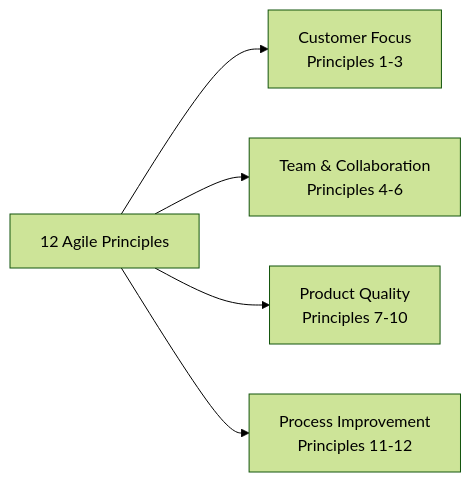
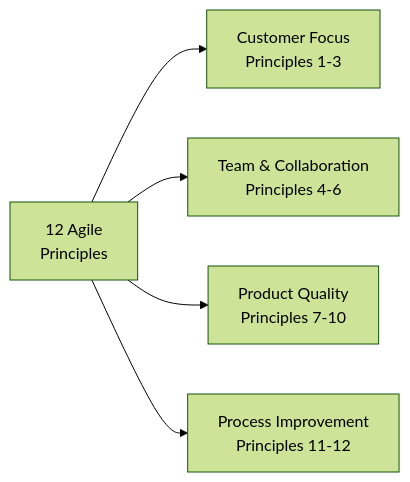
One commit to amitdevx/TY changed the second of 4 diagrams in 02-Semester-VI/CS-371-VSC-P-Agile-Processes/Unit-1.md. Above: the diagram before and after it, drawn with Mermaid (forest theme). The commit also changed other lines of this file and 65 other files, not shown here.

Commit message:
fix:graph vertical

````diff
--- a/02-Semester-VI/CS-371-VSC-P-Agile-Processes/Unit-1.md
+++ b/02-Semester-VI/CS-371-VSC-P-Agile-Processes/Unit-1.md
@@ -118,7 +118,7 @@
 ```mermaid
 graph LR
-    A[12 Agile Principles] --> B[Customer Focus<br/>Principles 1-3]
+    A[12 Agile<br/>Principles] --> B[Customer Focus<br/>Principles 1-3]
     A --> C[Team & Collaboration<br/>Principles 4-6]
     A --> D[Product Quality<br/>Principles 7-10]
     A --> E[Process Improvement<br/>Principles 11-12]
 ```
````
